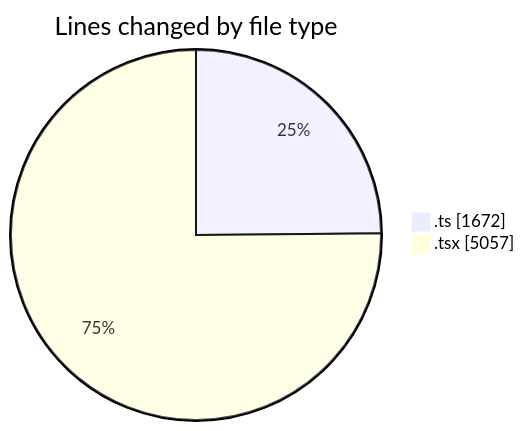
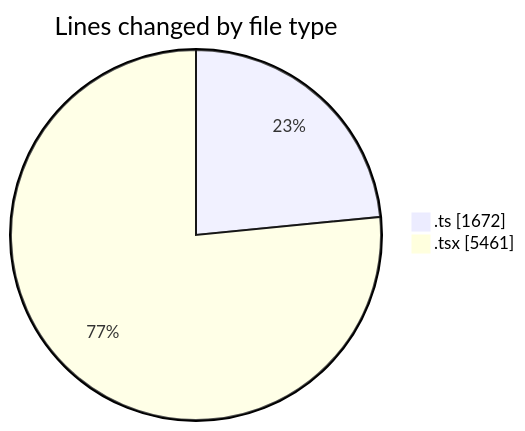
The first of 2 diagrams in 2026-08-21/nxtqube_webapp/README.md (nxtqubesakshisongat/code-tracking), drawn with Mermaid before and after one commit. The commit also changed other lines of this file and 1 other file, not shown here.

````diff
--- a/2026-08-21/nxtqube_webapp/README.md
+++ b/2026-08-21/nxtqube_webapp/README.md
@@ -36,6 +38,6 @@
 ```mermaid
 pie showData
 title Lines changed by file type
 ".ts" : 1672
-".tsx" : 5057
+".tsx" : 5461
 ```
````
